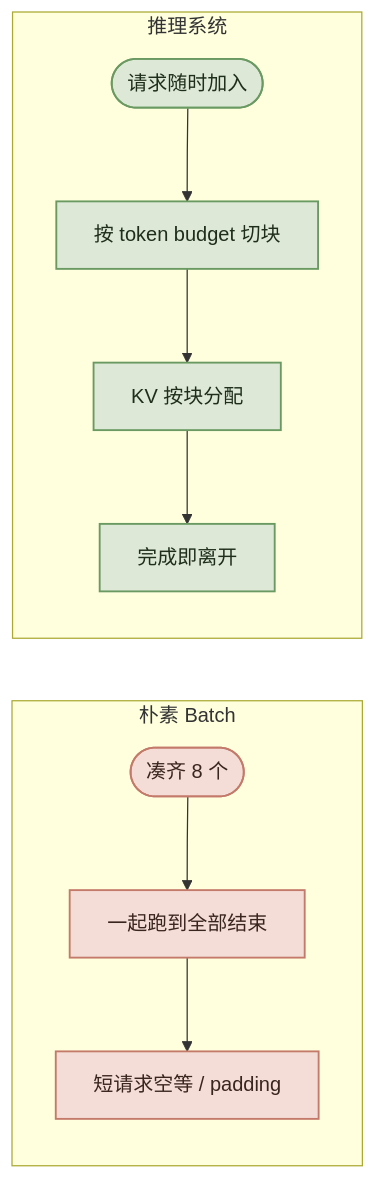
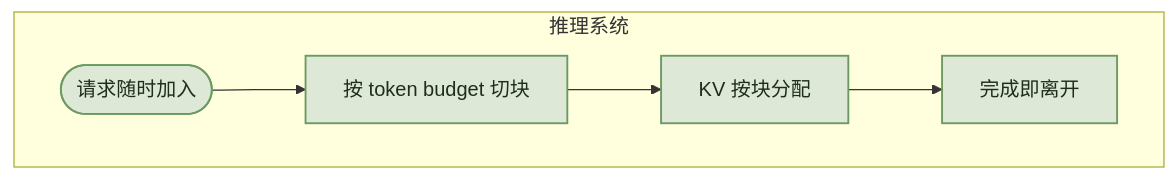
One commit to xiangel/llm-inference-course changed the third of 3 diagrams in src/content/docs/00-introduction/02-systems-problem.mdx. Above: the diagram before and after it, drawn with Mermaid. The commit also changed 1 other file, not shown here.

Commit message:
Place naive vs system diagrams side by side
Render the two scheduling models as a paired grid so the contrast is
visible at a glance, with a single-column fallback on small screens.

````diff
--- a/src/content/docs/00-introduction/02-systems-problem.mdx
+++ b/src/content/docs/00-introduction/02-systems-problem.mdx
@@ -122,18 +133,9 @@
 ```mermaid
-flowchart LR
-  classDef naive fill:#f3ddd6,stroke:#c47a6a,color:#3a241e,stroke-width:1.5px
+flowchart TB
   classDef good fill:#dde8d6,stroke:#6a9a62,color:#1e2e1a,stroke-width:1.5px
-
-  subgraph Naive["朴素 Batch"]
-    direction TB
-    N1(["凑齐 8 个"]):::naive --> N2["一起跑到全部结束"]:::naive
-    N2 --> N3["短请求空等 / padding"]:::naive
-  end
-
   subgraph System["推理系统"]
-    direction TB
     S1(["请求随时加入"]):::good --> S2["按 token budget 切块"]:::good
     S2 --> S3["KV 按块分配"]:::good
     S3 --> S4["完成即离开"]:::good
   end
 ```
````
